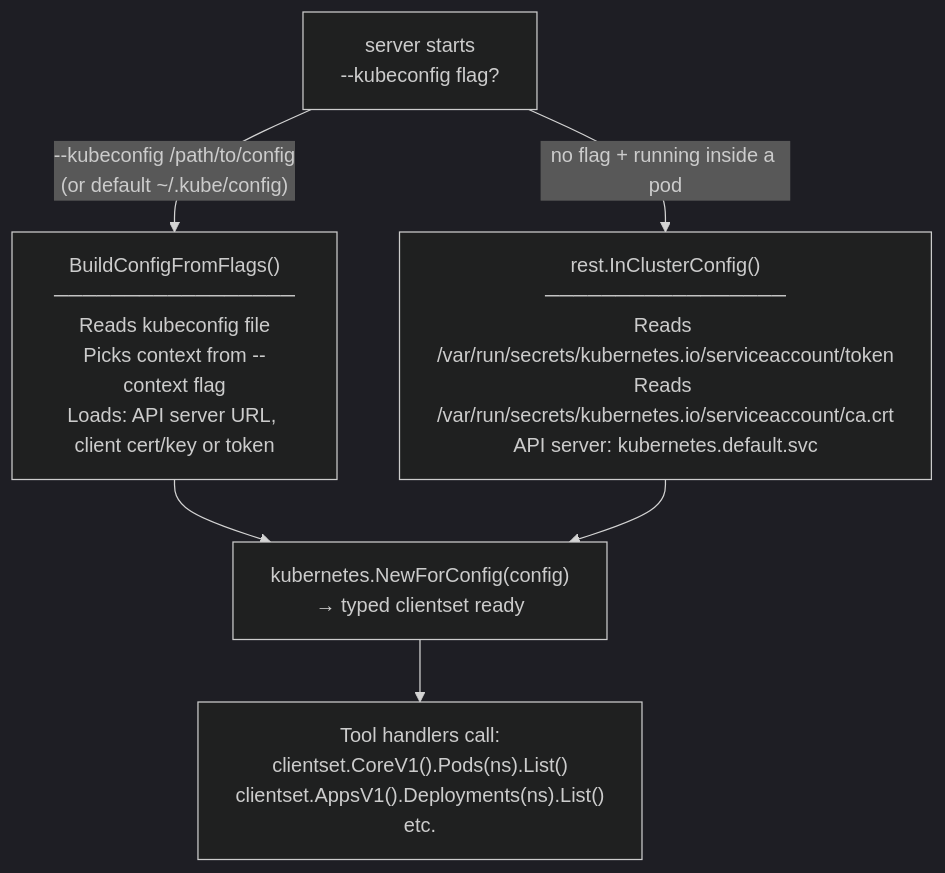
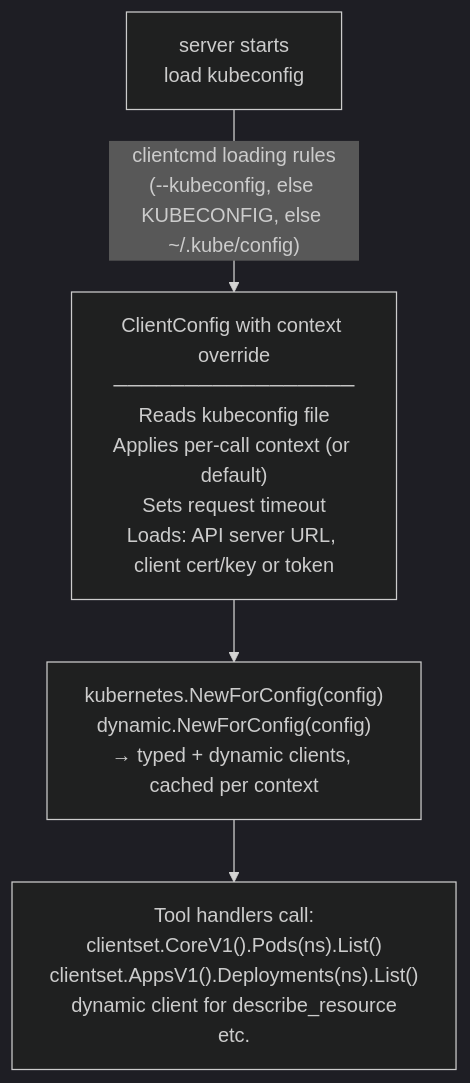
One commit to 1Shubham7/kubeaid-mcp changed the seventh of 8 diagrams in design.md. Above: the diagram before and after it, drawn with Mermaid (dark theme). The commit also changed other lines of this file and 5 other files, not shown here.

````diff
--- a/design.md
+++ b/design.md
@@ -222,13 +231,10 @@
 ```mermaid
 flowchart TD
-    start["server starts\n--kubeconfig flag?"]
+    start["server starts\nload kubeconfig"]
 
-    start -->|"--kubeconfig /path/to/config\n(or default ~/.kube/config)"| local["BuildConfigFromFlags()\n─────────────────\nReads kubeconfig file\nPicks context from --context flag\nLoads: API server URL, client cert/key or token"]
+    start -->|"clientcmd loading rules\n(--kubeconfig, else KUBECONFIG, else ~/.kube/config)"| local["ClientConfig with context override\n─────────────────\nReads kubeconfig file\nApplies per-call context (or default)\nSets request timeout\nLoads: API server URL, client cert/key or token"]
 
-    start -->|"no flag + running inside a pod"| incluster["rest.InClusterConfig()\n─────────────────\nReads /var/run/secrets/kubernetes.io/serviceaccount/token\nReads /var/run/secrets/kubernetes.io/serviceaccount/ca.crt\nAPI server: kubernetes.default.svc"]
+    local --> clientset["kubernetes.NewForConfig(config)\ndynamic.NewForConfig(config)\n→ typed + dynamic clients, cached per context"]
 
-    local --> clientset["kubernetes.NewForConfig(config)\n→ typed clientset ready"]
-    incluster --> clientset
-
-    clientset --> calls["Tool handlers call:\nclientset.CoreV1().Pods(ns).List()\nclientset.AppsV1().Deployments(ns).List()\netc."]
+    clientset --> calls["Tool handlers call:\nclientset.CoreV1().Pods(ns).List()\nclientset.AppsV1().Deployments(ns).List()\ndynamic client for describe_resource\netc."]
 ```
````
